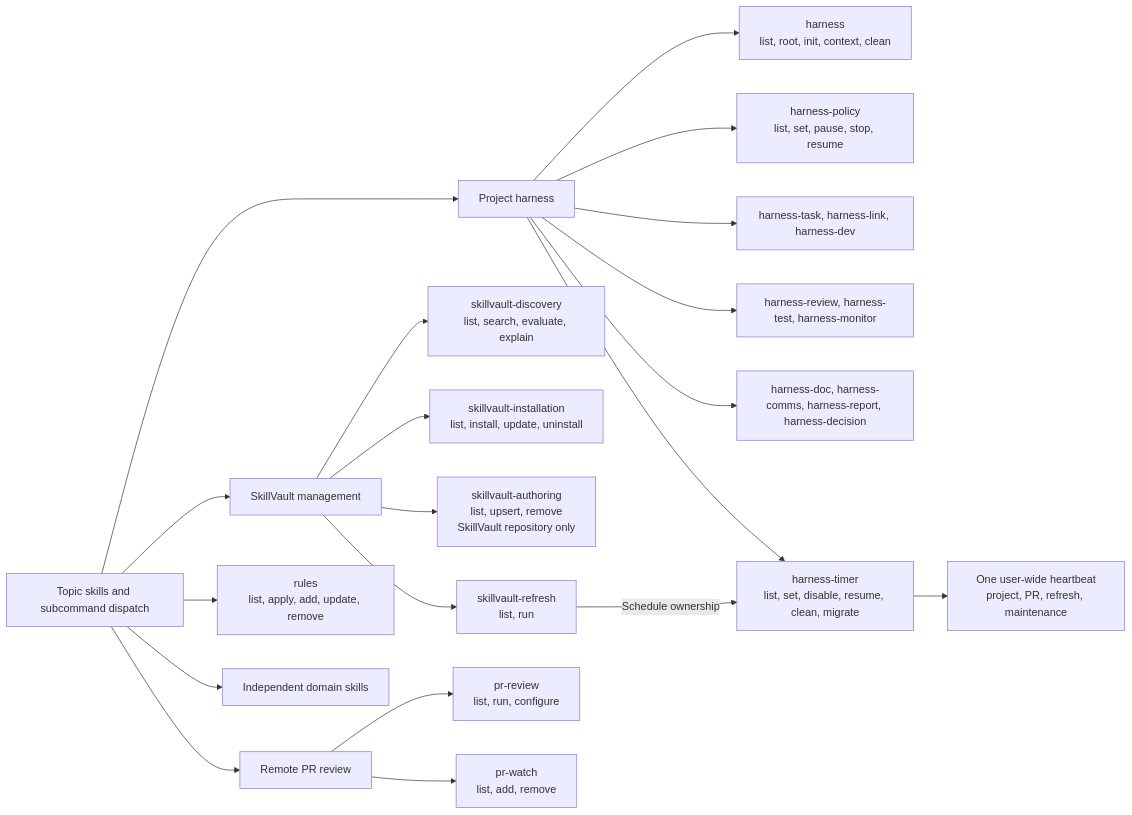
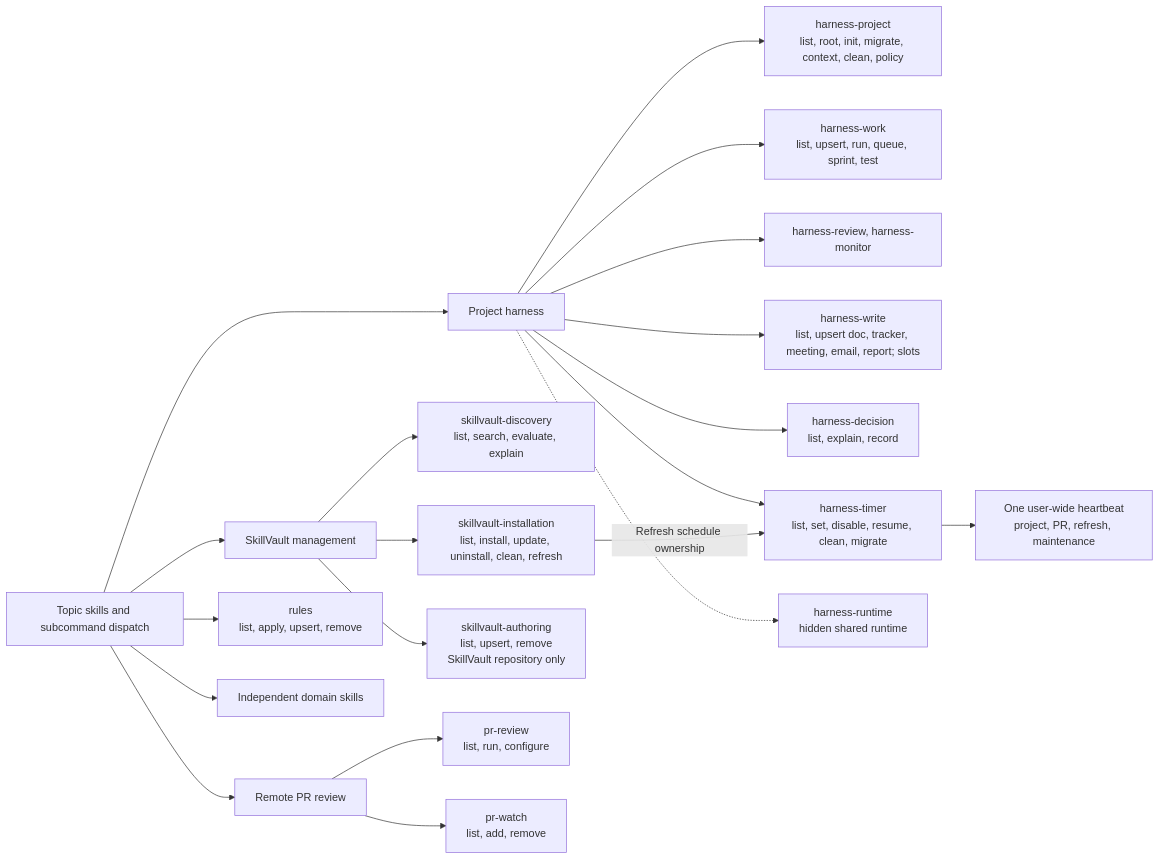
Before and after one commit to wzlwit/skillvault: the first of 2 diagrams in docs/plans/2026-09-16-topic-skill-refactor.md, drawn with Mermaid. The commit also changed other lines of this file and 285 other files, not shown here.

````diff
--- a/docs/plans/2026-09-16-topic-skill-refactor.md
+++ b/docs/plans/2026-09-16-topic-skill-refactor.md
@@ -42,23 +49,23 @@
 ```mermaid
 flowchart LR
     ENTRY["Topic skills and subcommand dispatch"]
     ENTRY --> SV["SkillVault management"]
     ENTRY --> HN["Project harness"]
     ENTRY --> PR["Remote PR review"]
-    ENTRY --> RULES["rules<br/>list, apply, add, update, remove"]
+    ENTRY --> RULES["rules<br/>list, apply, upsert, remove"]
     ENTRY --> DOMAIN["Independent domain skills"]
     SV --> DISCOVER["skillvault-discovery<br/>list, search, evaluate, explain"]
-    SV --> INSTALL["skillvault-installation<br/>list, install, update, uninstall"]
+    SV --> INSTALL["skillvault-installation<br/>list, install, update, uninstall, clean, refresh"]
     SV --> AUTHORING["skillvault-authoring<br/>list, upsert, remove<br/>SkillVault repository only"]
-    SV --> REFRESH["skillvault-refresh<br/>list, run"]
-    HN --> PROJECT["harness<br/>list, root, init, context, clean"]
-    HN --> POLICY["harness-policy<br/>list, set, pause, stop, resume"]
-    HN --> WORK["harness-task, harness-link, harness-dev"]
-    HN --> CHECK["harness-review, harness-test, harness-monitor"]
-    HN --> OUTPUT["harness-doc, harness-comms, harness-report, harness-decision"]
+    HN --> PROJECT["harness-project<br/>list, root, init, migrate, context, clean, policy"]
+    HN --> WORK["harness-work<br/>list, upsert, run, queue, sprint, test"]
+    HN --> CHECK["harness-review, harness-monitor"]
+    HN --> OUTPUT["harness-write<br/>list, upsert doc, tracker, meeting, email, report; slots"]
+    HN --> DECIDE["harness-decision<br/>list, explain, record"]
     HN --> TIMER["harness-timer<br/>list, set, disable, resume, clean, migrate"]
+    HN -.-> RUNTIME["harness-runtime<br/>hidden shared runtime"]
     PR --> REVIEW["pr-review<br/>list, run, configure"]
     PR --> WATCH["pr-watch<br/>list, add, remove"]
     TIMER --> HEARTBEAT["One user-wide heartbeat<br/>project, PR, refresh, maintenance"]
-    REFRESH -->|Schedule ownership| TIMER
+    INSTALL -->|Refresh schedule ownership| TIMER
 ```
````
